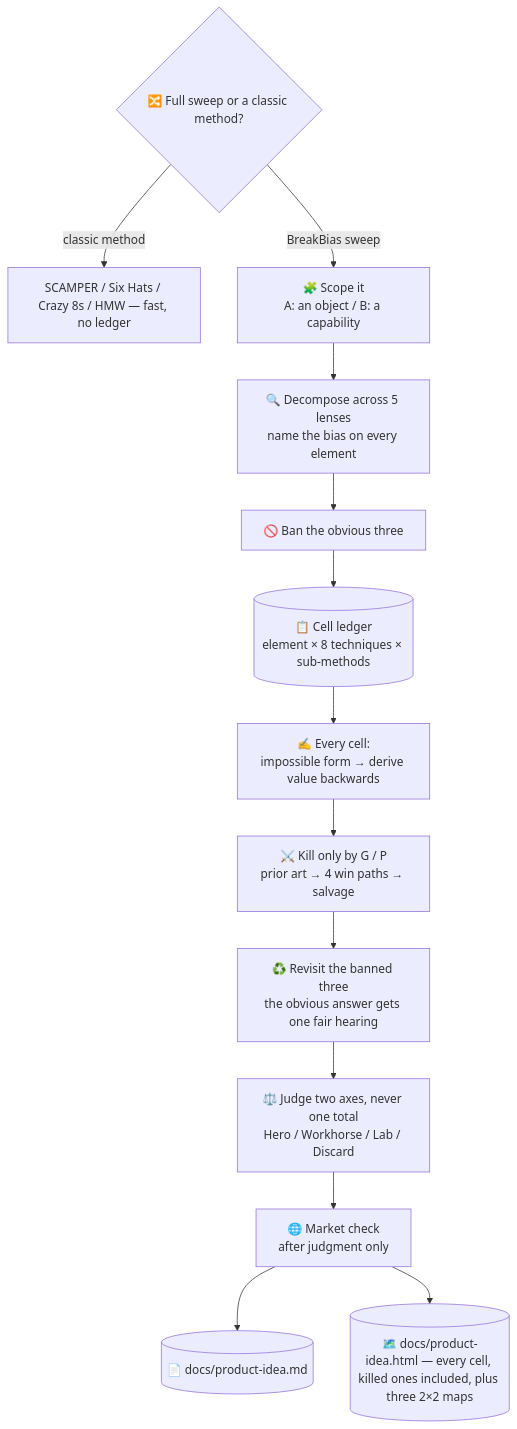
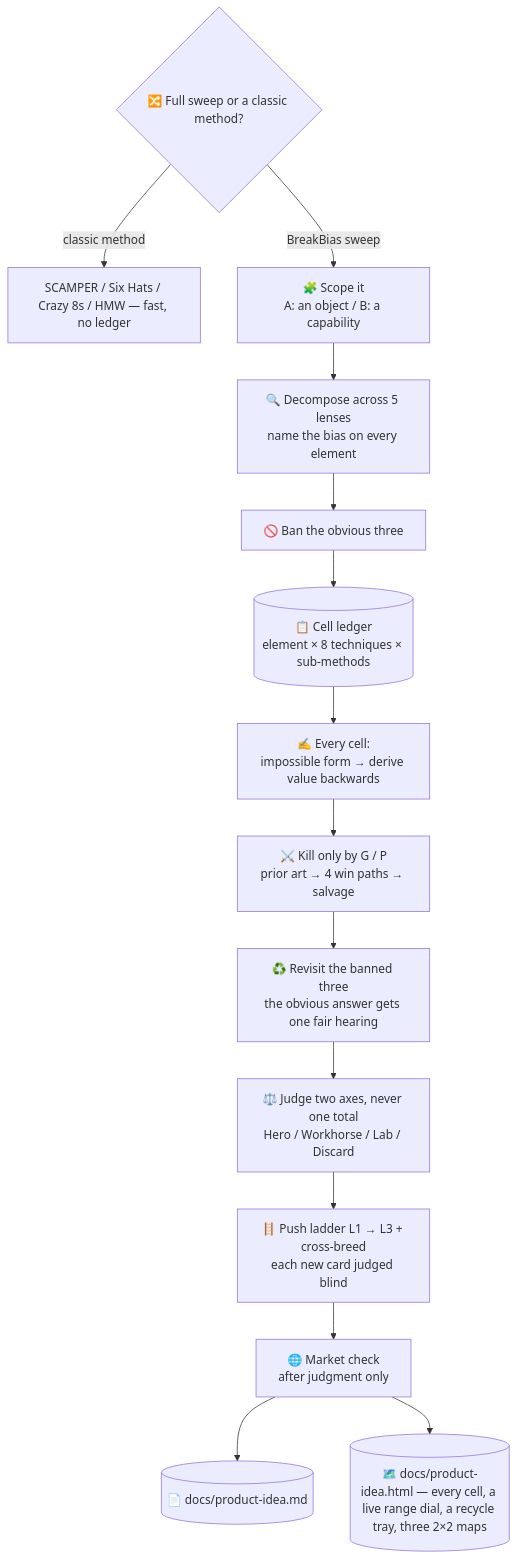
Before and after one commit to takaoumehara/superforge-skill: the diagram in skills/superforge-brain/README.md, drawn with Mermaid. The commit also changed other lines of this file and 14 other files, not shown here.

First line of the commit message:
superforge-brain v5: range dial, push ladder, recycle, fresh-context sweep

````diff
--- a/skills/superforge-brain/README.md
+++ b/skills/superforge-brain/README.md
@@ -27,15 +27,16 @@
 ```mermaid
 flowchart TD
     Z{🔀 Full sweep or a classic method?} -->|classic method| ZC[SCAMPER / Six Hats / Crazy 8s / HMW — fast, no ledger]
     Z -->|BreakBias sweep| A[🧩 Scope it<br/>A: an object / B: a capability]
     A --> B[🔍 Decompose across 5 lenses<br/>name the bias on every element]
     B --> C[🚫 Ban the obvious three]
     C --> D[(📋 Cell ledger<br/>element × 8 techniques × sub-methods)]
     D --> E[✍️ Every cell:<br/>impossible form → derive value backwards]
     E --> F[⚔️ Kill only by G / P<br/>prior art → 4 win paths → salvage]
     F --> F2[♻️ Revisit the banned three<br/>the obvious answer gets one fair hearing]
     F2 --> G[⚖️ Judge two axes, never one total<br/>Hero / Workhorse / Lab / Discard]
-    G --> H[🌐 Market check<br/>after judgment only]
+    G --> G2[🪜 Push ladder L1 → L3 + cross-breed<br/>each new card judged blind]
+    G2 --> H[🌐 Market check<br/>after judgment only]
     H --> I[(📄 docs/product-idea.md)]
-    H --> J[(🗺️ docs/product-idea.html — every cell, killed ones included, plus three 2×2 maps)]
+    H --> J[(🗺️ docs/product-idea.html — every cell, a live range dial, a recycle tray, three 2×2 maps)]
 ```
````
